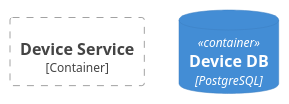
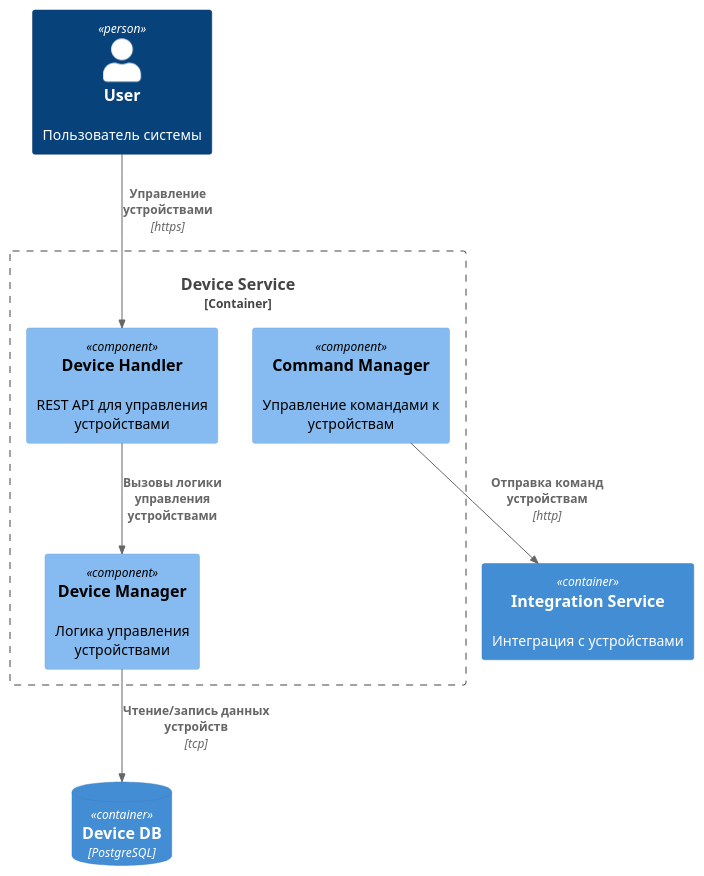
Before and after one commit to dengaleev/practicum-warmhouse: the second of 6 diagrams in docs/2be_component.puml, drawn with PlantUML. The commit also changed other lines of this file, not shown here.

```diff
--- a/docs/2be_component.puml
+++ b/docs/2be_component.puml
@@ -33,10 +39,20 @@
 @startuml C4_Component_ToBeSystem_DeviceService
 
 !include https://raw.githubusercontent.com/plantuml-stdlib/C4-PlantUML/master/C4_Component.puml
 
+Person(user, "User", "Пользователь системы")
+Container(integration_service, "Integration Service", "", "Интеграция с устройствами")
+ContainerDb(device_db, "Device DB", "PostgreSQL", "")
+
 Container_Boundary(device_service, "Device Service") {
+    Component(device_handler, "Device Handler", "", "REST API для управления устройствами")
+    Component(device_manager, "Device Manager", "", "Логика управления устройствами")
+    Component(command_manager, "Command Manager", "", "Управление командами к устройствам")
 }
 
-ContainerDb(device_db, "Device DB", "PostgreSQL", "")
+Rel(user, device_handler, "Управление устройствами", "https")
+Rel(device_handler, device_manager, "Вызовы логики управления устройствами", "")
+Rel(device_manager, device_db, "Чтение/запись данных устройств", "tcp")
+Rel(command_manager, integration_service, "Отправка команд устройствам", "http")
 
 @enduml
```
